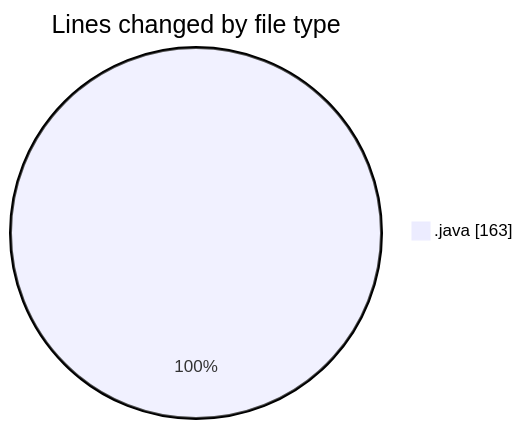
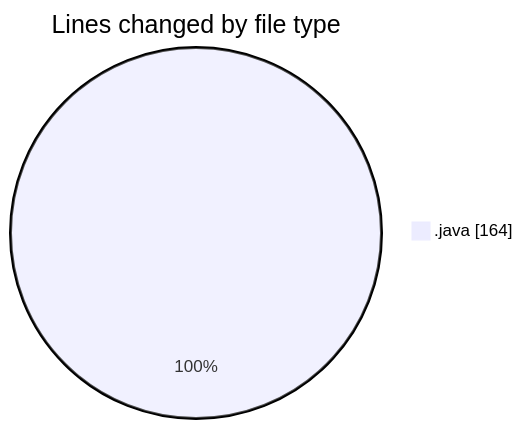
Before and after one commit to NitaiMahat/code-tracking: the first of 2 diagrams in 2025-01-29/java/README.md, drawn with Mermaid. The commit also changed other lines of this file and 1 other file, not shown here.

````diff
--- a/2025-01-29/java/README.md
+++ b/2025-01-29/java/README.md
@@ -24,5 +24,5 @@
 ```mermaid
 pie showData
 title Lines changed by file type
-".java" : 163
+".java" : 164
 ```
````
